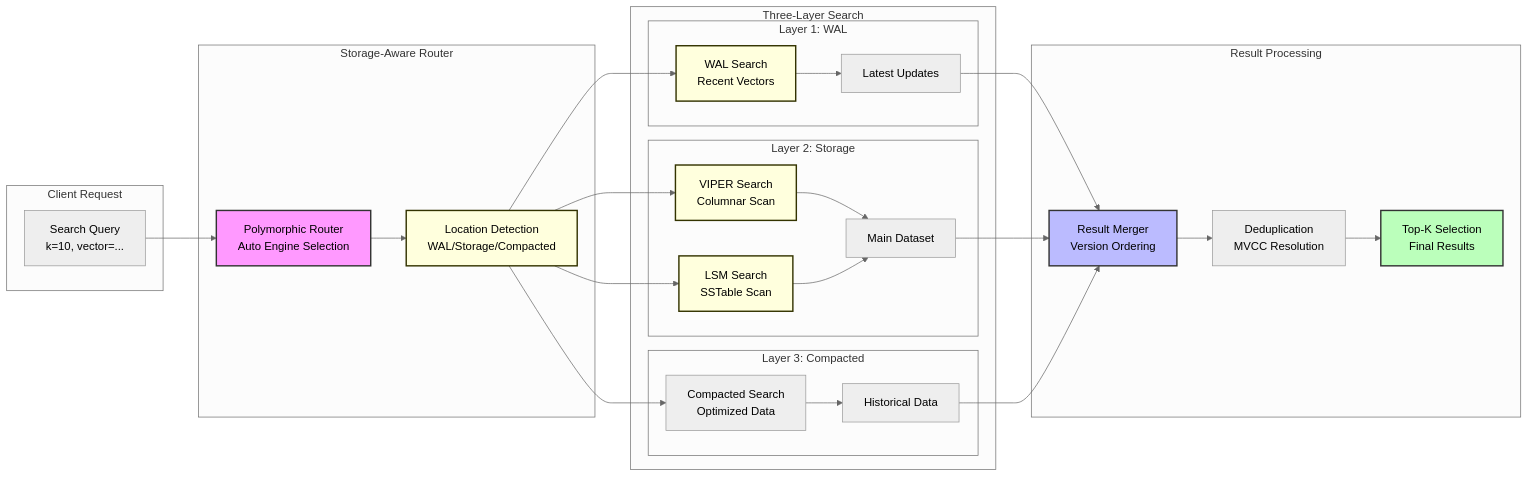
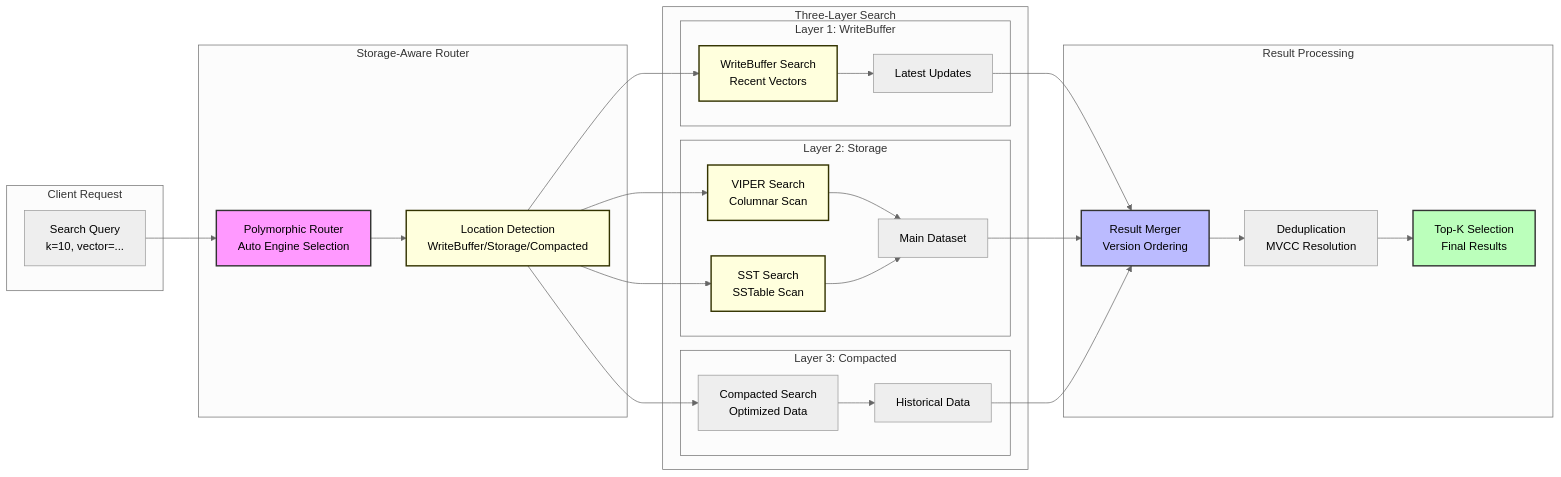
The diagram in docs/diagrams/storage-aware-search.mmd (vjsingh1984/proximaDB), drawn with Mermaid (neutral theme) before and after one commit. The commit also changed 60 other files, not shown here.

```diff
--- a/docs/diagrams/storage-aware-search.mmd
+++ b/docs/diagrams/storage-aware-search.mmd
@@ -1,60 +1,60 @@
 graph LR
     subgraph "Client Request"
         QUERY["Search Query<br/>k=10, vector=..."]
     end
     
     subgraph "Storage-Aware Router"
         ROUTER[Polymorphic Router<br/>Auto Engine Selection]
-        DETECT[Location Detection<br/>WAL/Storage/Compacted]
+        DETECT[Location Detection<br/>WriteBuffer/Storage/Compacted]
     end
     
     subgraph "Three-Layer Search"
-        subgraph "Layer 1: WAL"
-            WAL_SEARCH[WAL Search<br/>Recent Vectors]
-            WAL_RESULTS[Latest Updates]
+        subgraph "Layer 1: WriteBuffer"
+            WriteBuffer_SEARCH[WriteBuffer Search<br/>Recent Vectors]
+            WriteBuffer_RESULTS[Latest Updates]
         end
         
         subgraph "Layer 2: Storage"
             VIPER_SEARCH[VIPER Search<br/>Columnar Scan]
-            LSM_SEARCH[LSM Search<br/>SSTable Scan]
+            SST_SEARCH[SST Search<br/>SSTable Scan]
             STORAGE_RESULTS[Main Dataset]
         end
         
         subgraph "Layer 3: Compacted"
             COMPACT_SEARCH[Compacted Search<br/>Optimized Data]
             COMPACT_RESULTS[Historical Data]
         end
     end
     
     subgraph "Result Processing"
         MERGE[Result Merger<br/>Version Ordering]
         DEDUP[Deduplication<br/>MVCC Resolution]
         TOPK[Top-K Selection<br/>Final Results]
     end
     
     QUERY --> ROUTER
     ROUTER --> DETECT
     
-    DETECT --> WAL_SEARCH
+    DETECT --> WriteBuffer_SEARCH
     DETECT --> VIPER_SEARCH
-    DETECT --> LSM_SEARCH
+    DETECT --> SST_SEARCH
     DETECT --> COMPACT_SEARCH
     
-    WAL_SEARCH --> WAL_RESULTS
+    WriteBuffer_SEARCH --> WriteBuffer_RESULTS
     VIPER_SEARCH --> STORAGE_RESULTS
-    LSM_SEARCH --> STORAGE_RESULTS
+    SST_SEARCH --> STORAGE_RESULTS
     COMPACT_SEARCH --> COMPACT_RESULTS
     
-    WAL_RESULTS --> MERGE
+    WriteBuffer_RESULTS --> MERGE
     STORAGE_RESULTS --> MERGE
     COMPACT_RESULTS --> MERGE
     
     MERGE --> DEDUP
     DEDUP --> TOPK
     
     style ROUTER fill:#f9f,stroke:#333,stroke-width:2px
     style MERGE fill:#bbf,stroke:#333,stroke-width:2px
     style TOPK fill:#bfb,stroke:#333,stroke-width:2px
     
     classDef performance fill:#ffd,stroke:#330,stroke-width:2px
-    class DETECT,WAL_SEARCH,VIPER_SEARCH,LSM_SEARCH performance
+    class DETECT,WriteBuffer_SEARCH,VIPER_SEARCH,SST_SEARCH performance
```
